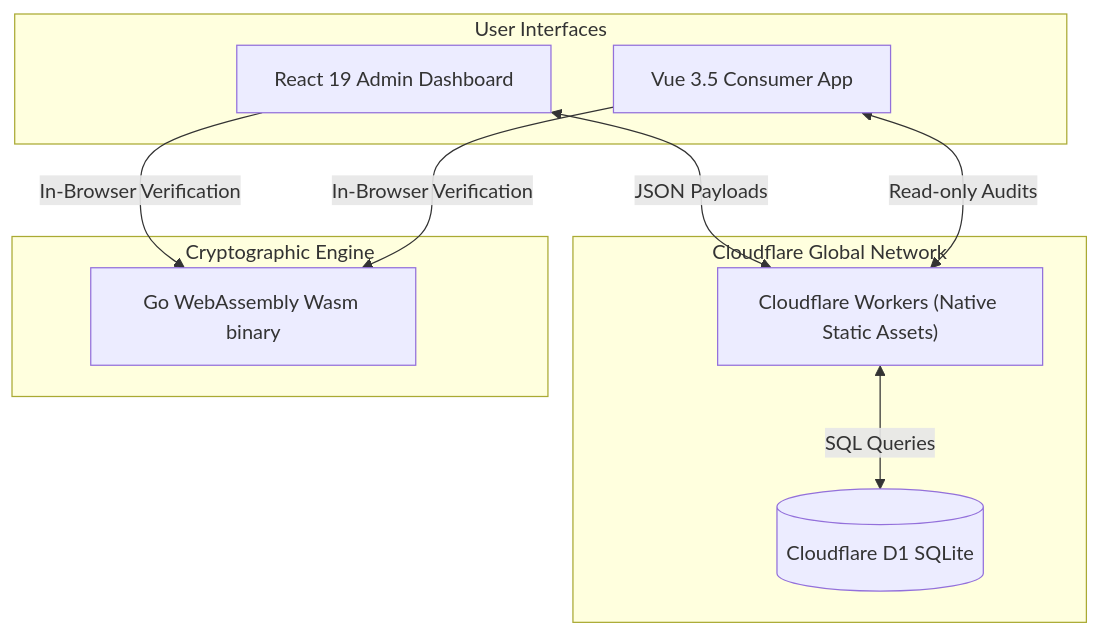
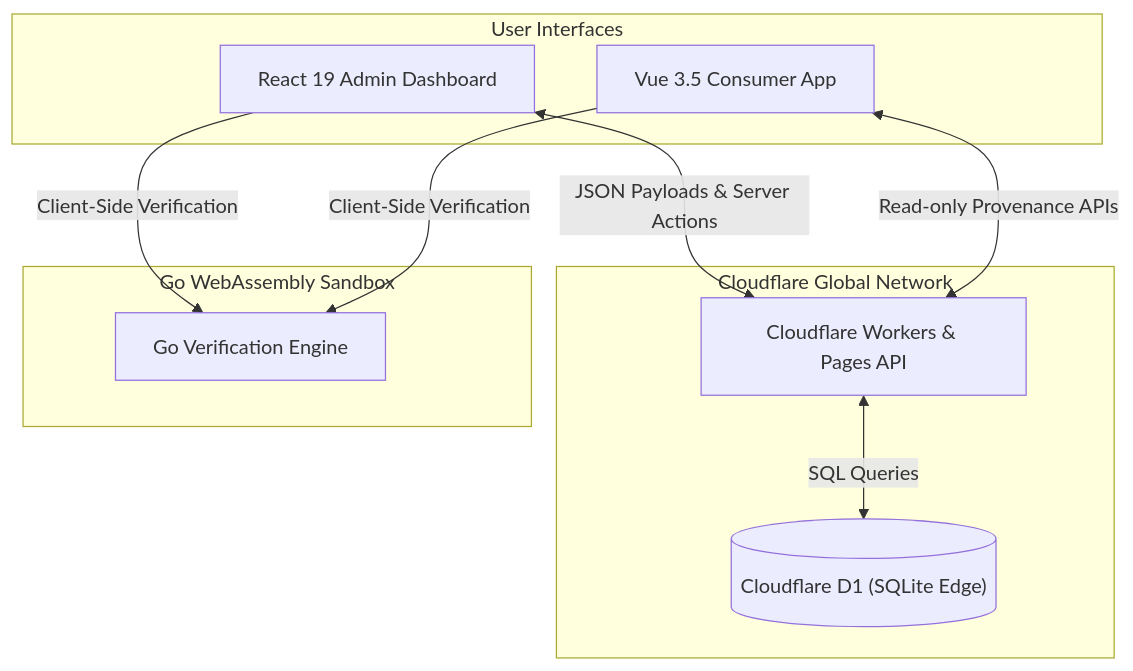
One commit to h-builds/eco-trace changed the first of 2 diagrams in README.md. Above: the diagram before and after it, drawn with Mermaid. The commit also changed other lines of this file and 2 other files, not shown here.

````diff
--- a/README.md
+++ b/README.md
@@ -46,23 +77,23 @@
 ```mermaid
 graph TD
     subgraph Edge Network [Cloudflare Global Network]
-        API["Cloudflare Workers (Native Static Assets)"]
-        DB[("Cloudflare D1 SQLite")]
+        API["Cloudflare Workers & Pages API"]
+        DB[("Cloudflare D1 (SQLite Edge)")]
     end
 
     subgraph User Interfaces
         Admin[React 19 Admin Dashboard]
         Consumer[Vue 3.5 Consumer App]
     end
 
-    subgraph Cryptographic Engine
-        Wasm[Go WebAssembly Wasm binary]
+    subgraph Cryptographic Engine [Go WebAssembly Sandbox]
+        Wasm[Go Verification Engine]
     end
 
-    Admin <-->|JSON Payloads| API
-    Consumer <-->|Read-only Audits| API
+    Admin <-->|JSON Payloads & Server Actions| API
+    Consumer <-->|Read-only Provenance APIs| API
     API <-->|SQL Queries| DB
     
-    Admin -->|In-Browser Verification| Wasm
-    Consumer -->|In-Browser Verification| Wasm
+    Admin -->|Client-Side Verification| Wasm
+    Consumer -->|Client-Side Verification| Wasm
 ```
````
